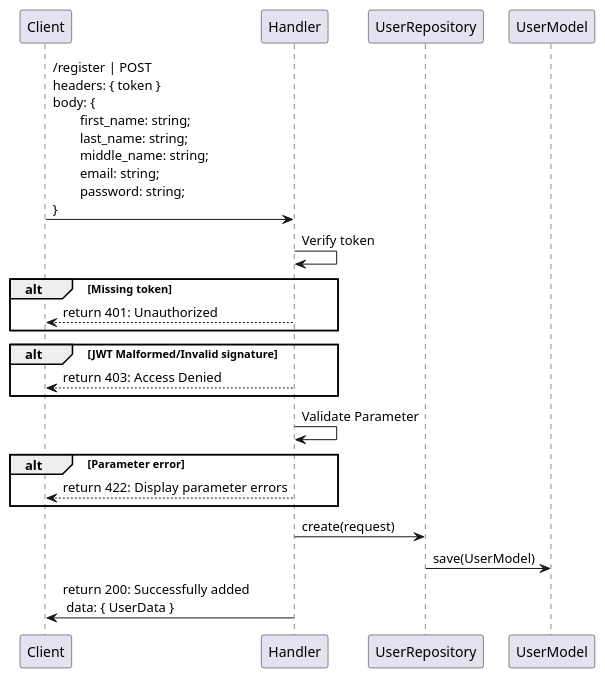
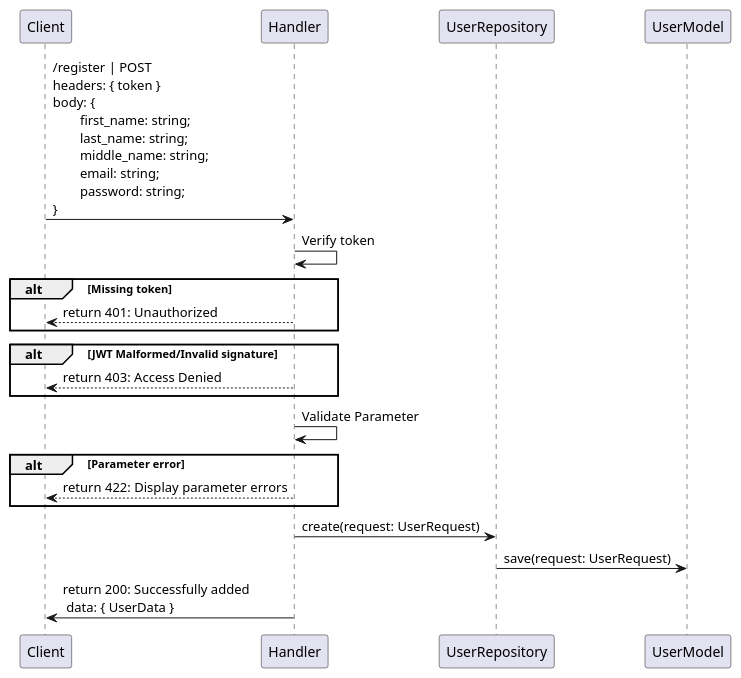
One commit to jerwyn917/location-api changed the diagram in docs/sequence/Register.puml. Above: the diagram before and after it, drawn with PlantUML. The commit also changed 12 other files, not shown here.

```diff
--- a/docs/sequence/Register.puml
+++ b/docs/sequence/Register.puml
@@ -1,22 +1,22 @@
 @startuml
 Client -> Handler: /register | POST \nheaders: { token } \nbody: { \n\tfirst_name: string; \n\tlast_name: string; \n\tmiddle_name: string; \n\temail: string; \n\tpassword: string; \n}
 
 Handler -> Handler: Verify token
 alt Missing token
 Handler --> Client: return 401: Unauthorized
 end
 
 alt JWT Malformed/Invalid signature
 Handler --> Client: return 403: Access Denied
 end
 
 Handler -> Handler: Validate Parameter
 alt Parameter error
 Handler --> Client: return 422: Display parameter errors
 end
 
-Handler -> UserRepository: create(request)
-UserRepository -> UserModel: save(UserModel)
+Handler -> UserRepository: create(request: UserRequest)
+UserRepository -> UserModel: save(request: UserRequest)
 
 Handler -> Client: return 200: Successfully added\n data: { UserData }
 @enduml
```
